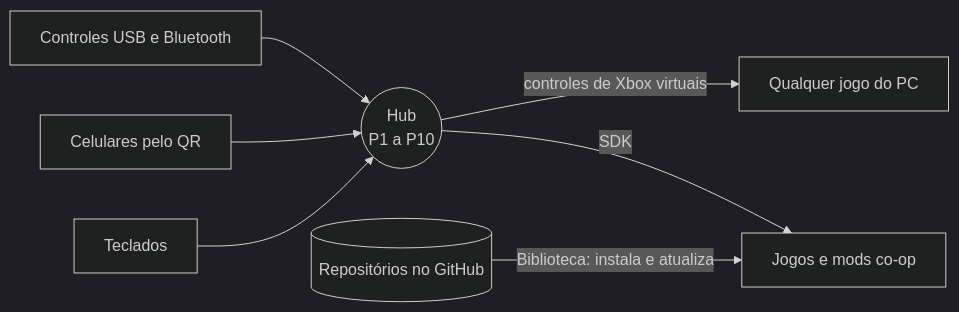
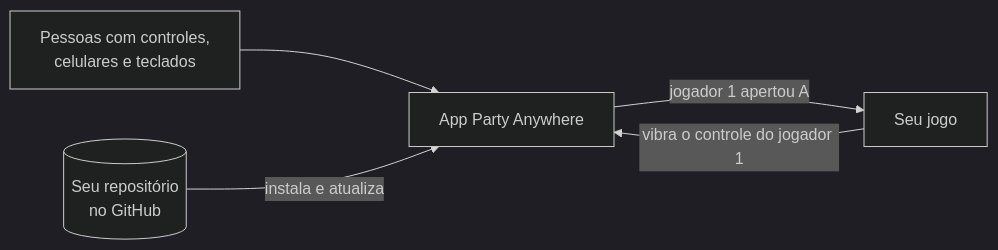
One commit to joaocaioo/party-anywhere changed the diagram in README.md. Above: the diagram before and after it, drawn with Mermaid (dark theme). The commit also changed other lines of this file and 4 other files, not shown here.

````diff
--- a/README.md
+++ b/README.md
@@ -16,9 +54,7 @@
 ```mermaid
 flowchart LR
-  C[Controles USB e Bluetooth] --> H((Hub<br/>P1 a P10))
-  F[Celulares pelo QR] --> H
-  T[Teclados] --> H
-  H -->|controles de Xbox virtuais| J[Qualquer jogo do PC]
-  H -->|SDK| M[Jogos e mods co-op]
-  G[(Repositórios no GitHub)] -->|Biblioteca: instala e atualiza| M
+  P[Pessoas com controles,<br/>celulares e teclados] --> H[App Party Anywhere]
+  H -- "jogador 1 apertou A" --> J[Seu jogo]
+  J -- "vibra o controle do jogador 1" --> H
+  G[(Seu repositório<br/>no GitHub)] -- instala e atualiza --> H
 ```
````
